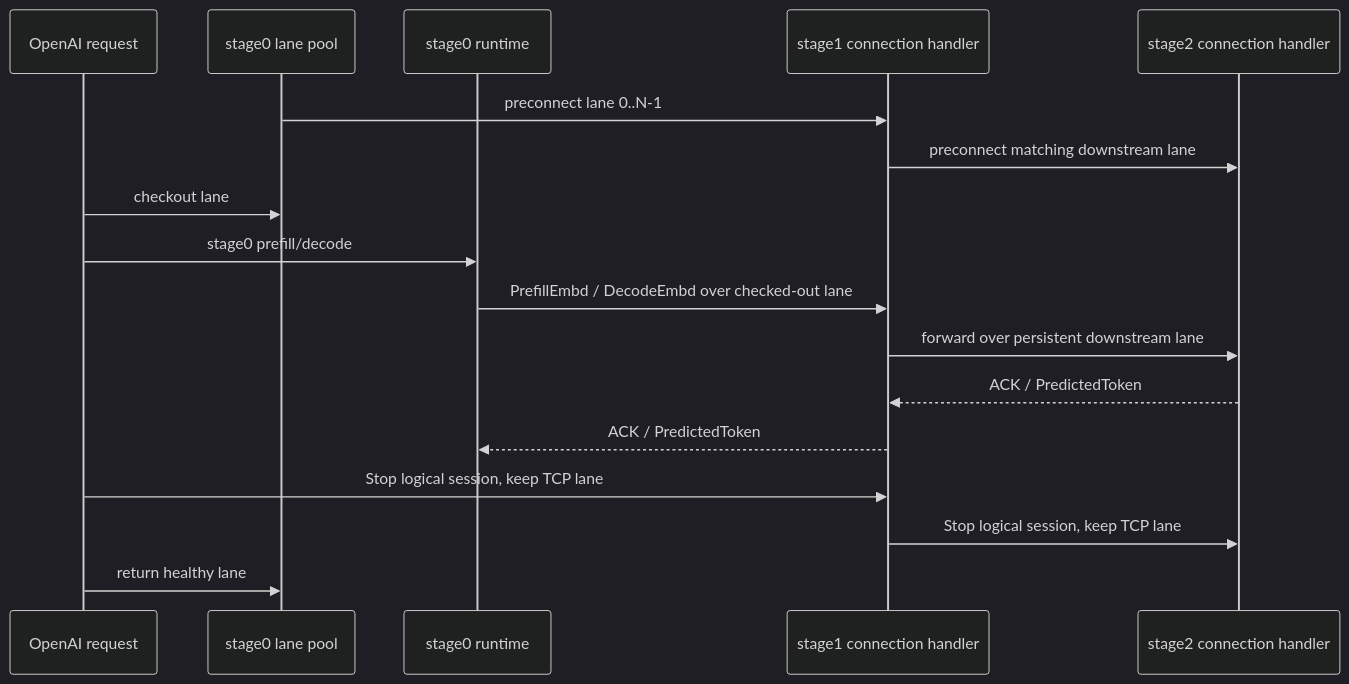
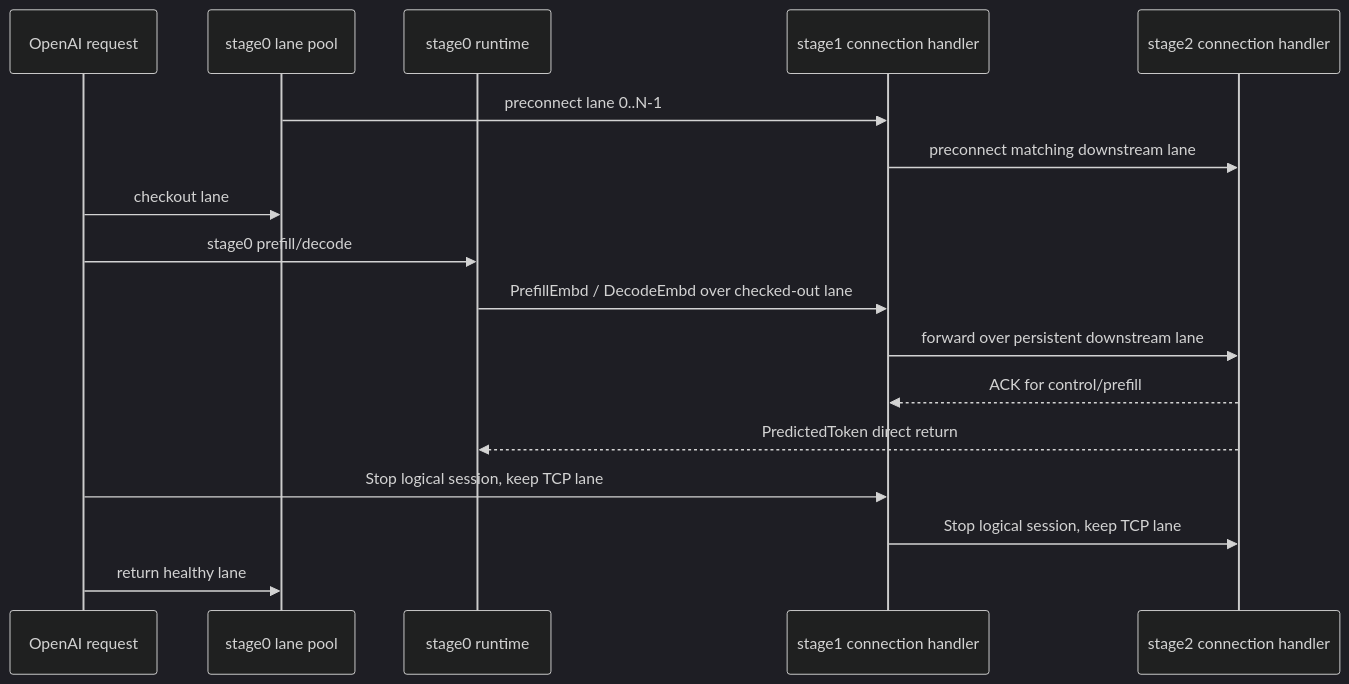
One commit to CJCShadowsan/hydra changed the third of 3 diagrams in crates/skippy-server/README.md. Above: the diagram before and after it, drawn with Mermaid (dark theme). The commit also changed other lines of this file and 21 other files, not shown here.

````diff
--- a/crates/skippy-server/README.md
+++ b/crates/skippy-server/README.md
@@ -243,20 +244,20 @@
 ```mermaid
 sequenceDiagram
     participant O as OpenAI request
     participant P as stage0 lane pool
     participant S0 as stage0 runtime
     participant S1 as stage1 connection handler
     participant S2 as stage2 connection handler
 
     P->>S1: preconnect lane 0..N-1
     S1->>S2: preconnect matching downstream lane
     O->>P: checkout lane
     O->>S0: stage0 prefill/decode
     S0->>S1: PrefillEmbd / DecodeEmbd over checked-out lane
     S1->>S2: forward over persistent downstream lane
-    S2-->>S1: ACK / PredictedToken
-    S1-->>S0: ACK / PredictedToken
+    S2-->>S1: ACK for control/prefill
+    S2-->>S0: PredictedToken direct return
     O->>S1: Stop logical session, keep TCP lane
     S1->>S2: Stop logical session, keep TCP lane
     O->>P: return healthy lane
 ```
````
